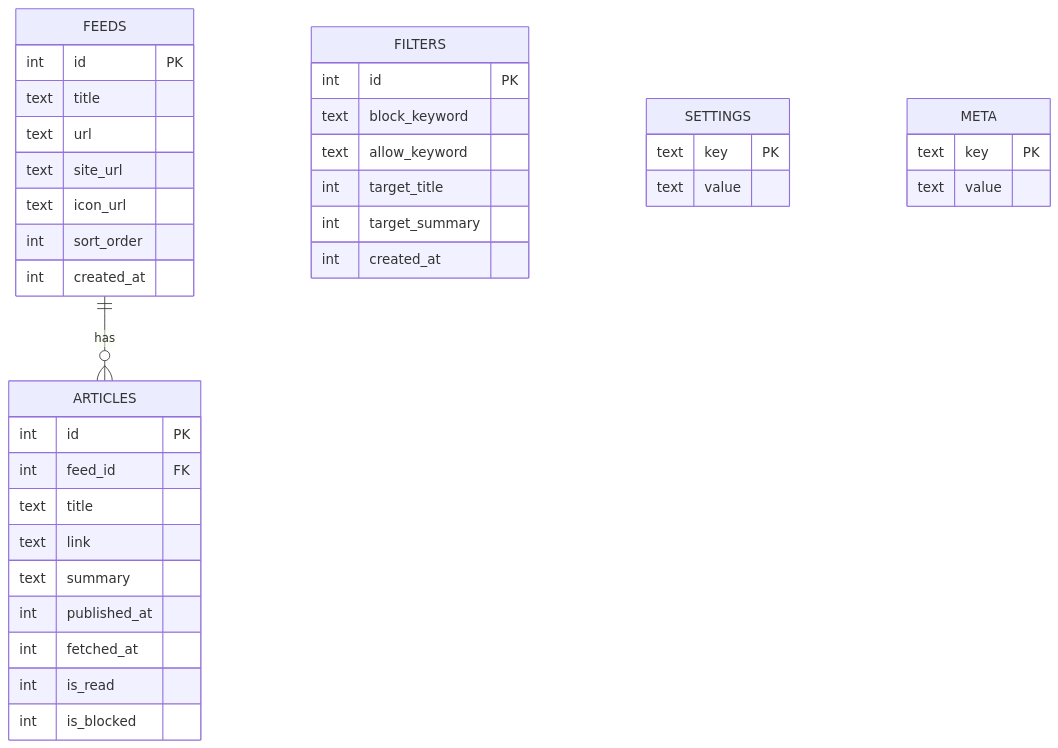
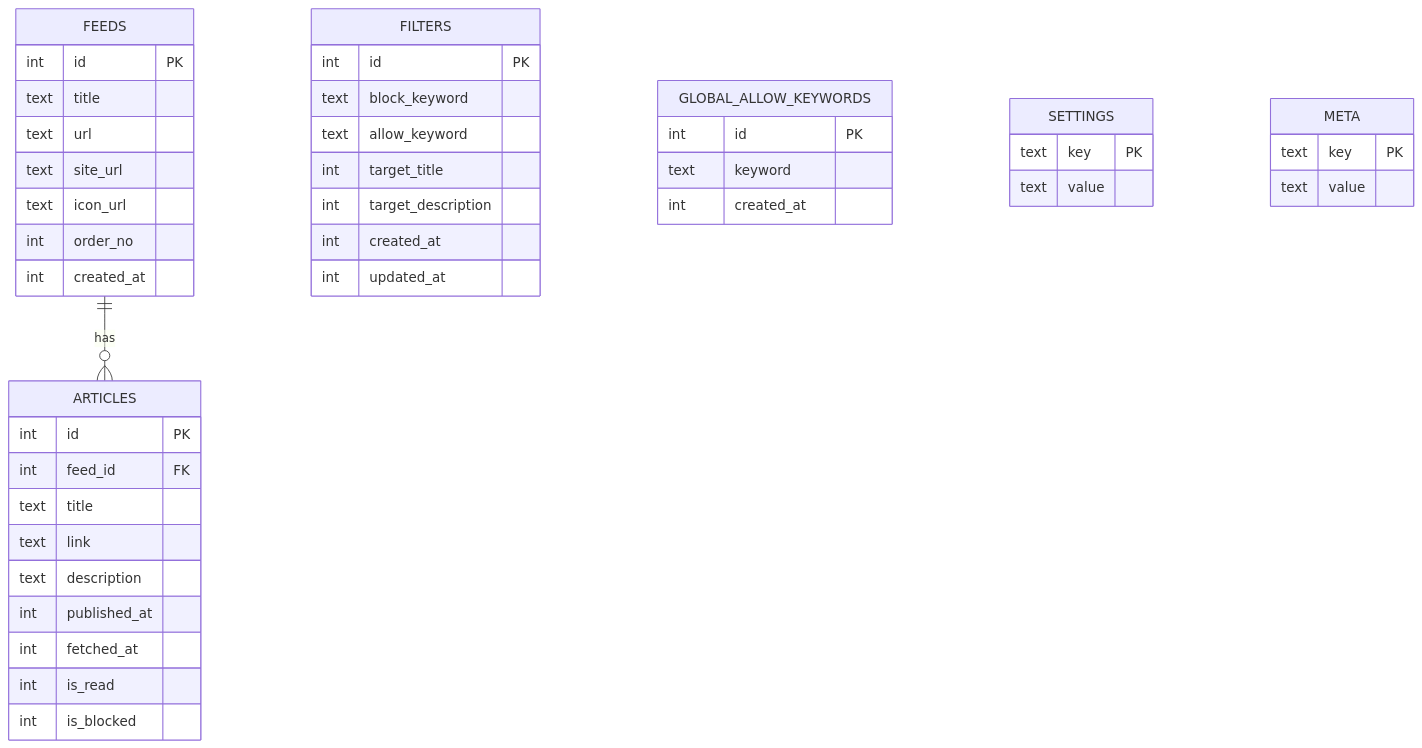
The diagram in docs/02_basic_design/04_er_diagram.md (yskms/filto-app), drawn with Mermaid before and after one commit. The commit also changed other lines of this file and 4 other files, not shown here.

````diff
--- a/docs/02_basic_design/04_er_diagram.md
+++ b/docs/02_basic_design/04_er_diagram.md
@@ -3,46 +3,53 @@
 ```mermaid
 erDiagram
 
     FEEDS {
         int     id PK
         text    title
         text    url
         text    site_url
         text    icon_url
-        int     sort_order
+        int     order_no
         int     created_at
     }
 
     ARTICLES {
         int     id PK
         int     feed_id FK
         text    title
         text    link
-        text    summary
+        text    description
         int     published_at
         int     fetched_at
         int     is_read
         int     is_blocked
     }
 
     FILTERS {
         int     id PK
         text    block_keyword
         text    allow_keyword
         int     target_title
-        int     target_summary
+        int     target_description
+        int     created_at
+        int     updated_at
+    }
+
+    GLOBAL_ALLOW_KEYWORDS {
+        int     id PK
+        text    keyword
         int     created_at
     }
 
     SETTINGS {
         text    key PK
         text    value
     }
 
     META {
         text    key PK
         text    value
     }
 
     FEEDS ||--o{ ARTICLES : has
 ```
````
